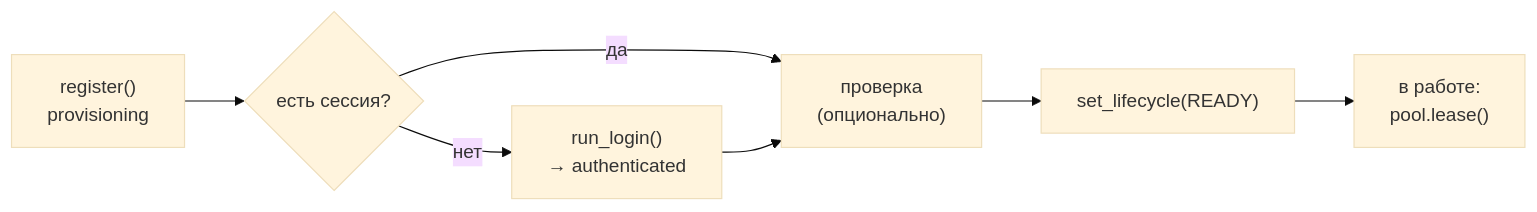
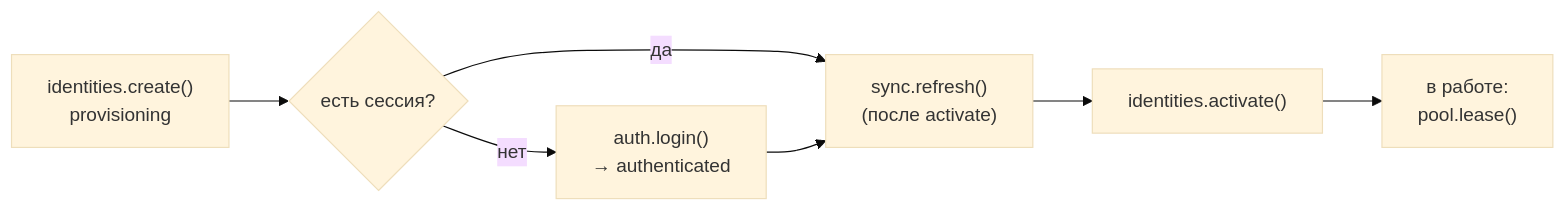
The diagram in docs/guide/03-accounts.md (0cherednoq/identity-hub), drawn with Mermaid (base theme) before and after one commit. The commit also changed other lines of this file and 20 other files, not shown here.

````diff
--- a/docs/guide/03-accounts.md
+++ b/docs/guide/03-accounts.md
@@ -46,9 +97,9 @@
 ```mermaid
 flowchart LR
-    A["register()<br/>provisioning"] --> B{"есть сессия?"}
-    B -- нет --> C["run_login()<br/>→ authenticated"]
+    A["identities.create()<br/>provisioning"] --> B{"есть сессия?"}
+    B -- нет --> C["auth.login()<br/>→ authenticated"]
     B -- да --> D
-    C --> D["проверка<br/>(опционально)"]
-    D --> E["set_lifecycle(READY)"]
+    C --> D["sync.refresh()<br/>(после activate)"]
+    D --> E["identities.activate()"]
     E --> F["в работе:<br/>pool.lease()"]
 ```
````
